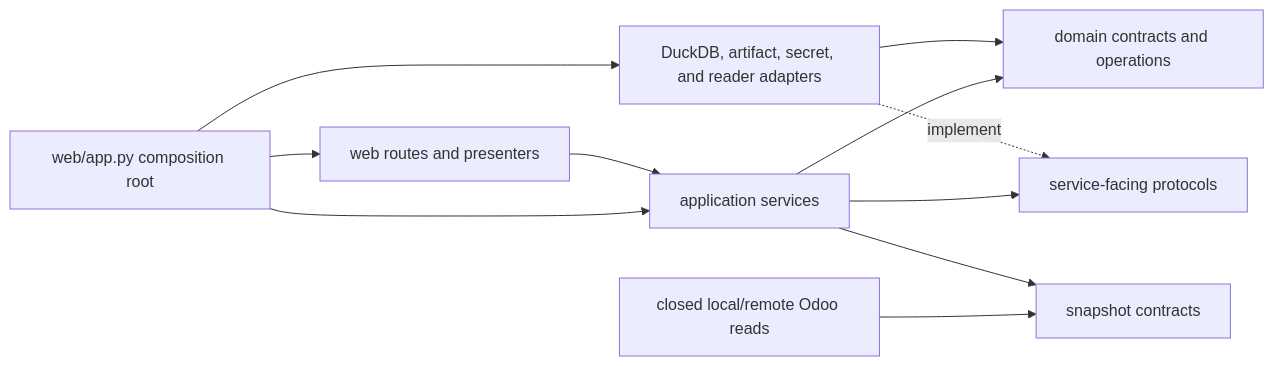
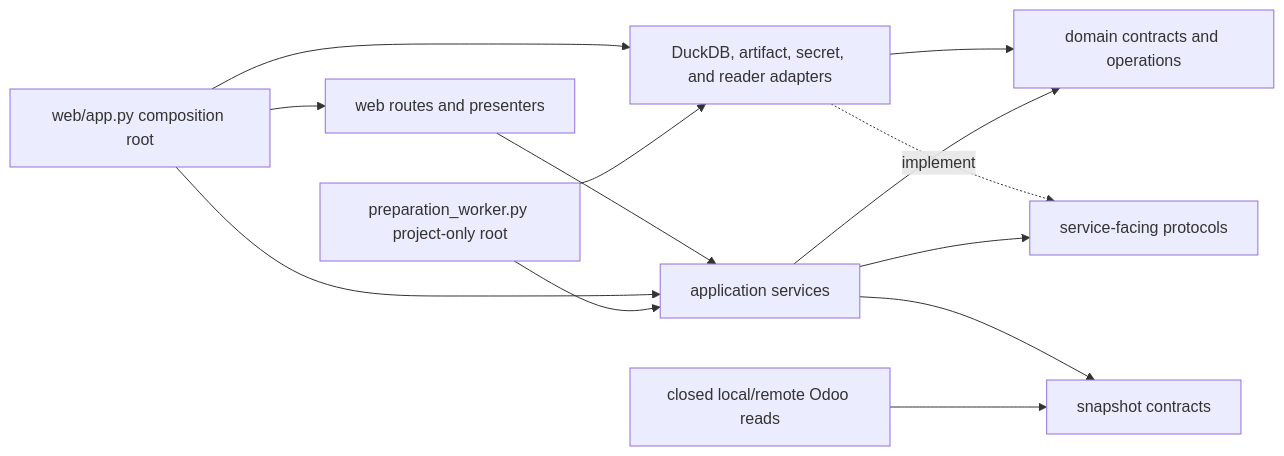
Before and after one commit to fderyckel/dev-impodo: the second of 8 diagrams in docs/architecture/python-code-map.md, drawn with Mermaid. The commit also changed other lines of this file and 1 other file, not shown here.

Commit message:
feat: Enhance preparation workflow documentation with project-only worker details and navigation context

````diff
--- a/docs/architecture/python-code-map.md
+++ b/docs/architecture/python-code-map.md
@@ -107,13 +116,15 @@
 ```mermaid
 flowchart LR
     Composition["web/app.py composition root"] --> Web["web routes and presenters"]
+    WorkerComposition["preparation_worker.py project-only root"] --> Application
+    WorkerComposition --> Adapters
     Composition --> Application["application services"]
     Composition --> Adapters["DuckDB, artifact, secret, and reader adapters"]
     Web --> Application
     Application --> Domain["domain contracts and operations"]
     Application --> Ports["service-facing protocols"]
     Adapters -. "implement" .-> Ports
     Adapters --> Domain
     Readers["closed local/remote Odoo reads"] --> Snapshots["snapshot contracts"]
     Application --> Snapshots
 ```
````
